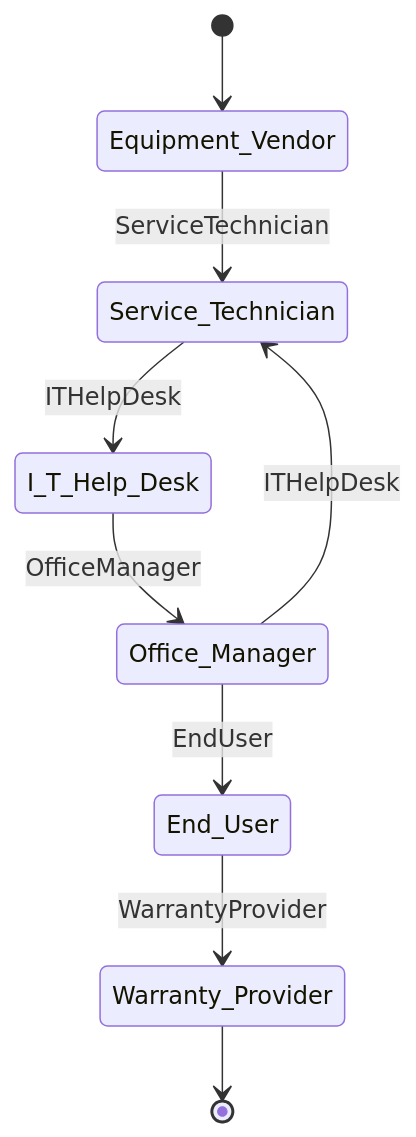
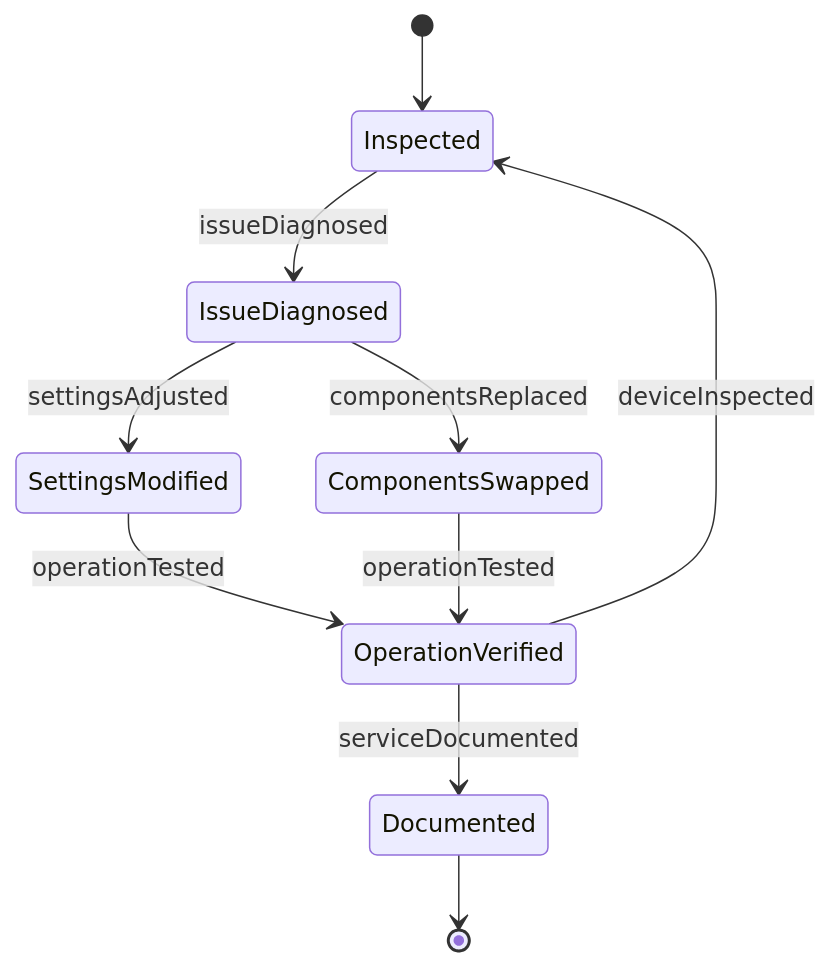
One commit to dot-org-ai/tasks.org.ai changed the second of 4 diagrams in HandlingAndMovingObjects/AdjustEquipmentToEnsureAdequatePerformance/AdjustOfficeEquipmentEnsureProper.mdx. Above: the diagram before and after it, drawn with Mermaid. The commit also changed other lines of this file and 40 other files, not shown here.

First line of the commit message:
fix: Replace Actor-based ER and State diagrams with Entity/Event-based diagrams in 41 HandlingAndMovingObjects DWA files

````diff
--- a/HandlingAndMovingObjects/AdjustEquipmentToEnsureAdequatePerformance/AdjustOfficeEquipmentEnsureProper.mdx
+++ b/HandlingAndMovingObjects/AdjustEquipmentToEnsureAdequatePerformance/AdjustOfficeEquipmentEnsureProper.mdx
@@ -99,11 +97,12 @@
 ```mermaid
 stateDiagram-v2
-    [*] --> Equipment_Vendor
-    Equipment_Vendor --> Service_Technician: ServiceTechnician
-    Service_Technician --> I_T_Help_Desk: ITHelpDesk
-    I_T_Help_Desk --> Office_Manager: OfficeManager
-    Office_Manager --> End_User: EndUser
-    End_User --> Warranty_Provider: WarrantyProvider
-    Office_Manager --> Service_Technician: ITHelpDesk
-    Warranty_Provider --> [*]
+    [*] --> Inspected
+    Inspected --> IssueDiagnosed : issueDiagnosed
+    IssueDiagnosed --> SettingsModified : settingsAdjusted
+    IssueDiagnosed --> ComponentsSwapped : componentsReplaced
+    SettingsModified --> OperationVerified : operationTested
+    ComponentsSwapped --> OperationVerified : operationTested
+    OperationVerified --> Documented : serviceDocumented
+    OperationVerified --> Inspected : deviceInspected
+    Documented --> [*]
 ```
````
